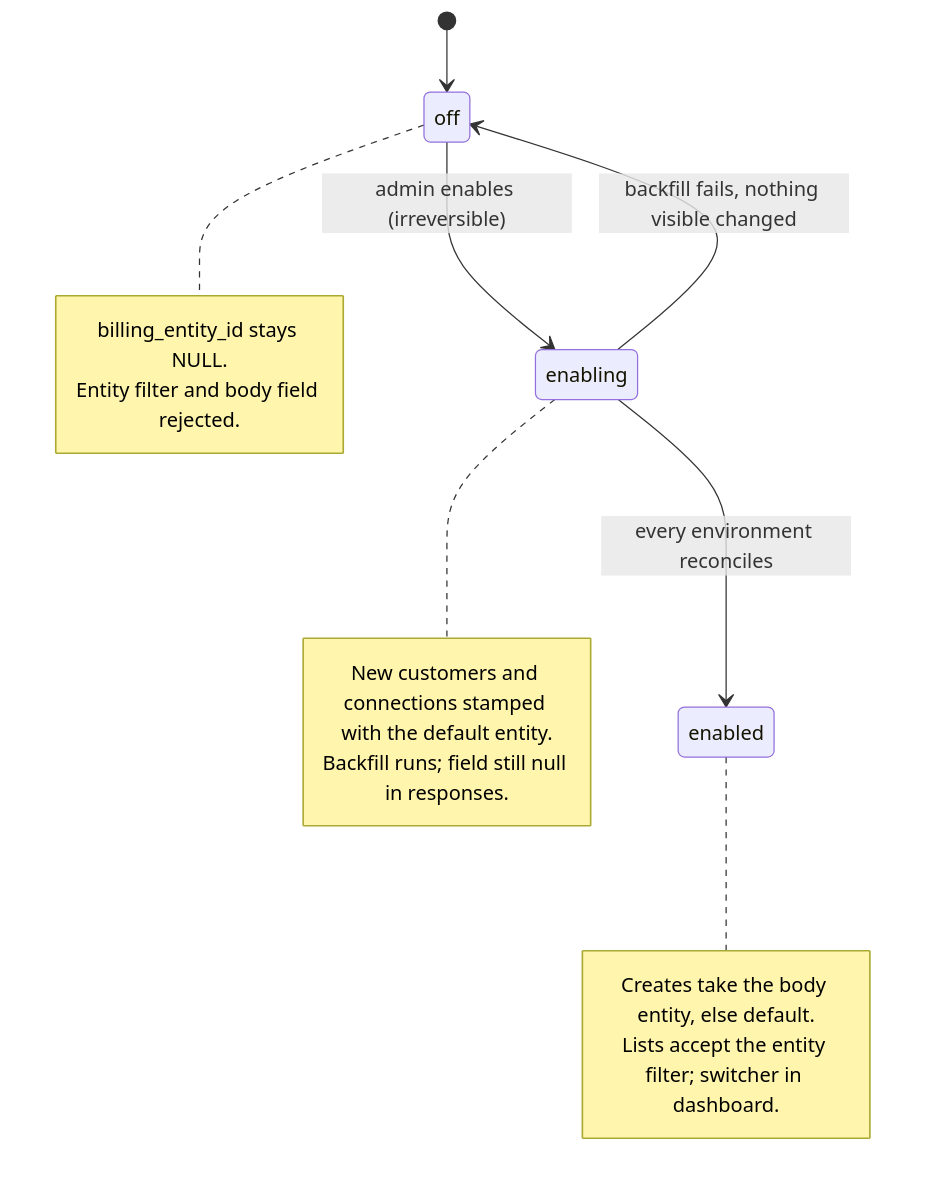
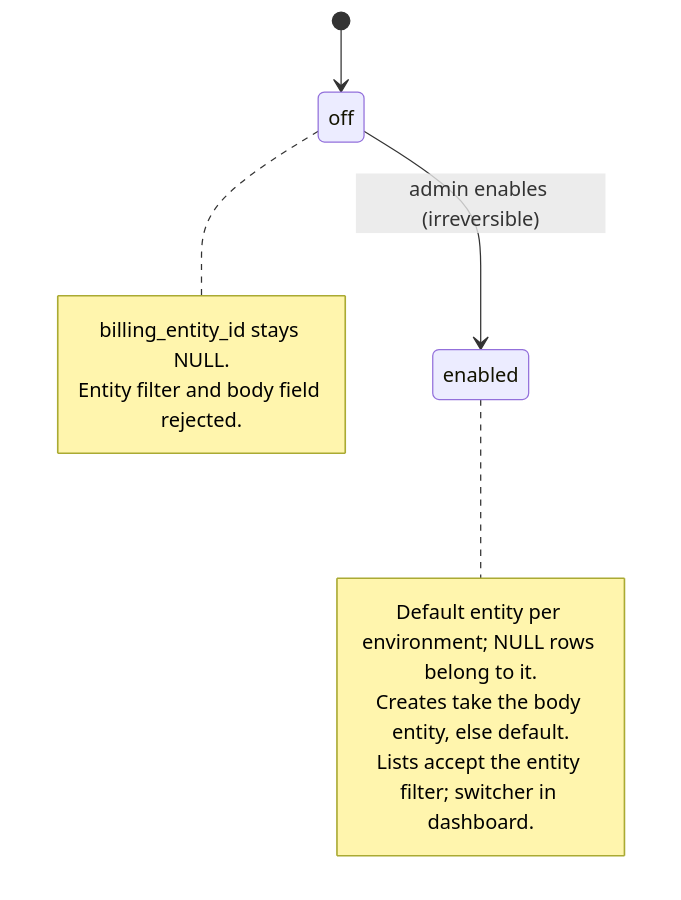
Before and after one commit to flexprice/flexprice: the second of 6 diagrams in docs/design/2026-10-21-multi-entity-billing-erd.md, drawn with Mermaid. The commit also changed other lines of this file, not shown here.

````diff
--- a/docs/design/2026-10-21-multi-entity-billing-erd.md
+++ b/docs/design/2026-10-21-multi-entity-billing-erd.md
@@ -104,19 +115,14 @@
 ```mermaid
 stateDiagram-v2
   [*] --> off
-  off --> enabling: admin enables (irreversible)
-  enabling --> enabled: every environment reconciles
-  enabling --> off: backfill fails, nothing visible changed
+  off --> enabled: admin enables (irreversible)
   note right of off
     billing_entity_id stays NULL.
     Entity filter and body field rejected.
   end note
-  note right of enabling
-    New customers and connections stamped with the default entity.
-    Backfill runs; field still null in responses.
-  end note
   note right of enabled
+    Default entity per environment; NULL rows belong to it.
     Creates take the body entity, else default.
     Lists accept the entity filter; switcher in dashboard.
   end note
 ```
````
